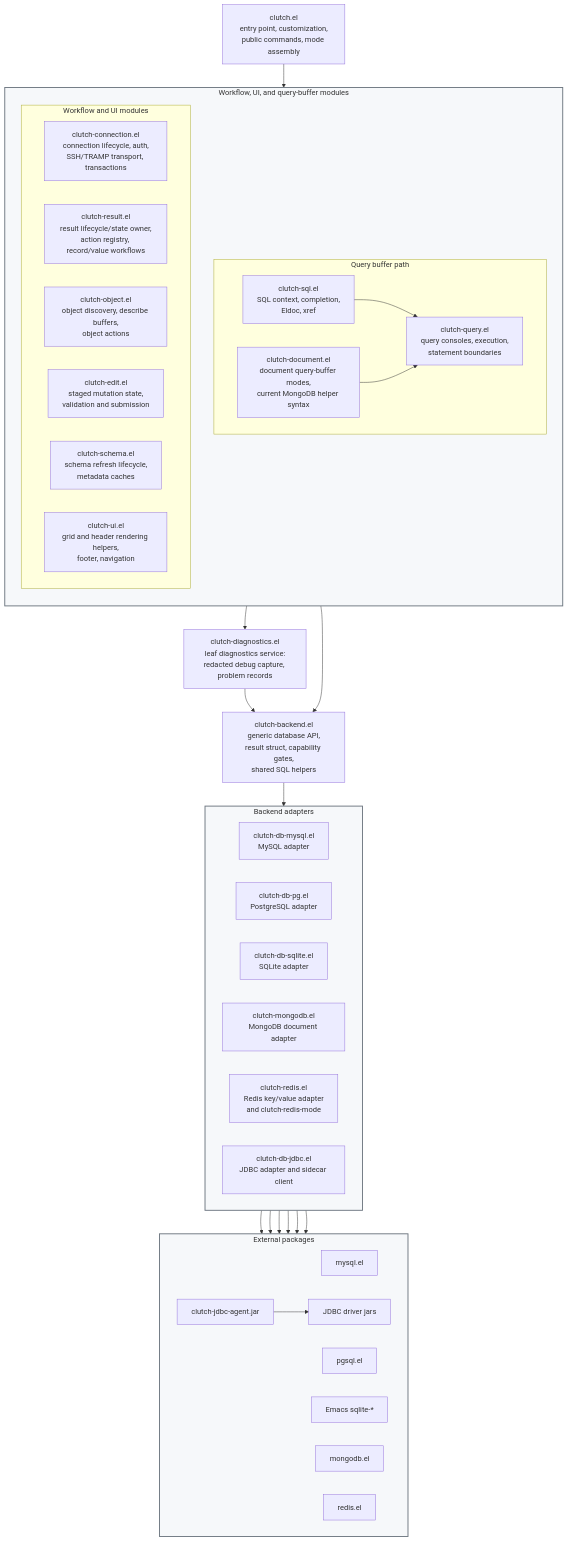
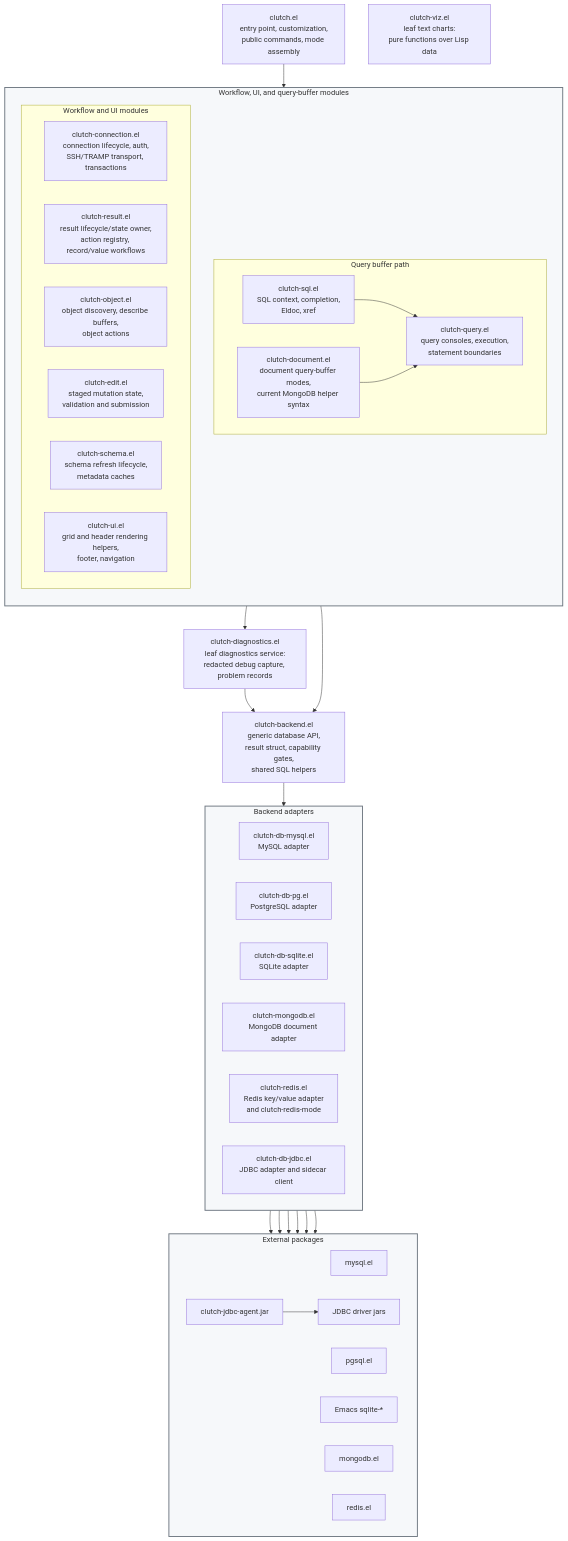
Before and after one commit to LuciusChen/clutch: the first of 7 diagrams in docs/architecture.md, drawn with Mermaid. The commit also changed other lines of this file and 18 other files, not shown here.

````diff
--- a/docs/architecture.md
+++ b/docs/architecture.md
@@ -7,70 +7,72 @@
 ```mermaid
 flowchart TB
   Entry["clutch.el<br/>entry point, customization,<br/>public commands, mode assembly"]
 
   subgraph Workflow["Workflow, UI, and query-buffer modules"]
     direction TB
     subgraph QueryPath["Query buffer path"]
       direction LR
       SQL["clutch-sql.el<br/>SQL context, completion,<br/>Eldoc, xref"]
       Document["clutch-document.el<br/>document query-buffer modes,<br/>current MongoDB helper syntax"]
       Query["clutch-query.el<br/>query consoles, execution,<br/>statement boundaries"]
     end
 
     subgraph WorkflowModules["Workflow and UI modules"]
       direction LR
       Conn["clutch-connection.el<br/>connection lifecycle, auth,<br/>SSH/TRAMP transport, transactions"]
       Result["clutch-result.el<br/>result lifecycle/state owner,<br/>action registry, record/value workflows"]
       Object["clutch-object.el<br/>object discovery, describe buffers,<br/>object actions"]
       Edit["clutch-edit.el<br/>staged mutation state,<br/>validation and submission"]
       Schema["clutch-schema.el<br/>schema refresh lifecycle,<br/>metadata caches"]
       UI["clutch-ui.el<br/>grid and header rendering helpers,<br/>footer, navigation"]
     end
   end
 
   Diagnostics["clutch-diagnostics.el<br/>leaf diagnostics service:<br/>redacted debug capture, problem records"]
+
+  Viz["clutch-viz.el<br/>leaf text charts:<br/>pure functions over Lisp data"]
 
   Facade["clutch-backend.el<br/>generic database API,<br/>result struct, capability gates,<br/>shared SQL helpers"]
 
   subgraph Adapters["Backend adapters"]
     direction LR
     MySQL["clutch-db-mysql.el<br/>MySQL adapter"]
     PG["clutch-db-pg.el<br/>PostgreSQL adapter"]
     SQLite["clutch-db-sqlite.el<br/>SQLite adapter"]
     Mongo["clutch-mongodb.el<br/>MongoDB document adapter"]
     Redis["clutch-redis.el<br/>Redis key/value adapter<br/>and clutch-redis-mode"]
     JDBC["clutch-db-jdbc.el<br/>JDBC adapter and sidecar client"]
   end
 
   subgraph External["External packages"]
     direction LR
     MySQLExt["mysql.el"]
     PGExt["pgsql.el"]
     SQLiteExt["Emacs sqlite-*"]
     MongoExt["mongodb.el"]
     RedisExt["redis.el"]
     Agent["clutch-jdbc-agent.jar"]
     Drivers["JDBC driver jars"]
   end
 
   style Workflow fill:#f6f8fa,stroke:#6e7781,stroke-width:2px
   style Adapters fill:#f6f8fa,stroke:#6e7781,stroke-width:2px
   style External fill:#f6f8fa,stroke:#6e7781,stroke-width:2px
 
   Entry --> Workflow
   Workflow --> Diagnostics
   Workflow --> Facade
   Diagnostics --> Facade
   Facade --> Adapters
 
   SQL --> Query
   Document --> Query
 
   MySQL --> MySQLExt
   PG --> PGExt
   SQLite --> SQLiteExt
   Mongo --> MongoExt
   Redis --> RedisExt
   JDBC --> Agent
   Agent --> Drivers
 ```
````
